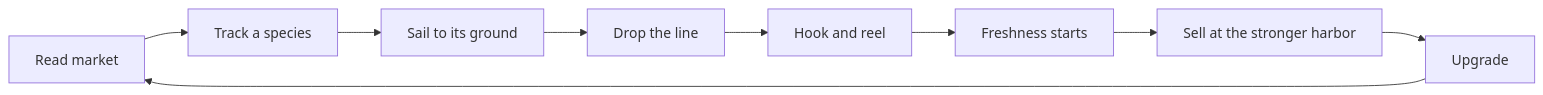
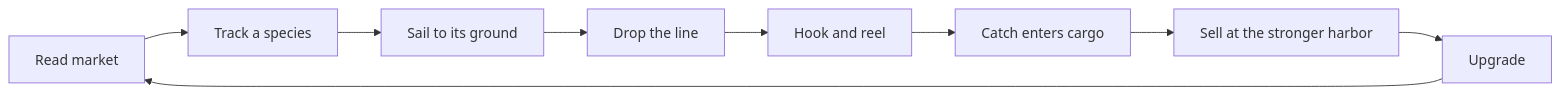
One commit to Prunty2/GameCompNew changed the diagram in Docs/Assessment-Report.md. Above: the diagram before and after it, drawn with Mermaid. The commit also changed other lines of this file and 17 other files, not shown here.

````diff
--- a/Docs/Assessment-Report.md
+++ b/Docs/Assessment-Report.md
@@ -74,11 +74,11 @@
 ```mermaid
 flowchart LR
   A["Read market"] --> B["Track a species"]
   B --> C["Sail to its ground"]
   C --> D["Drop the line"]
   D --> E["Hook and reel"]
-  E --> F["Freshness starts"]
+  E --> F["Catch enters cargo"]
   F --> G["Sell at the stronger harbor"]
   G --> H["Upgrade"]
   H --> A
 ```
````
